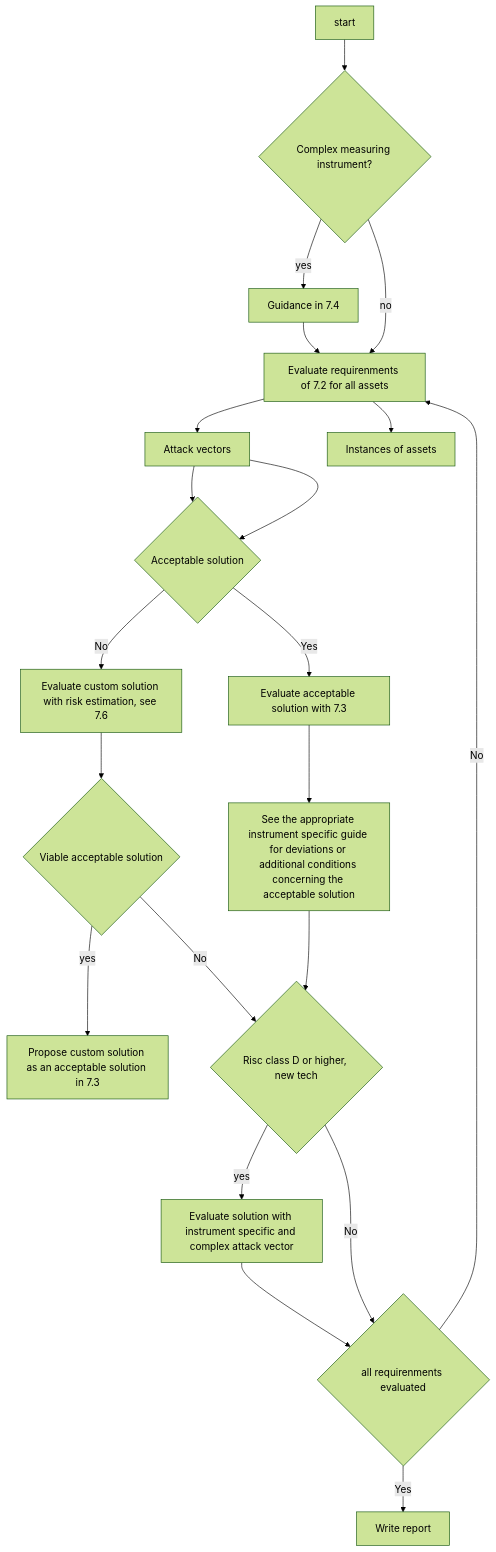
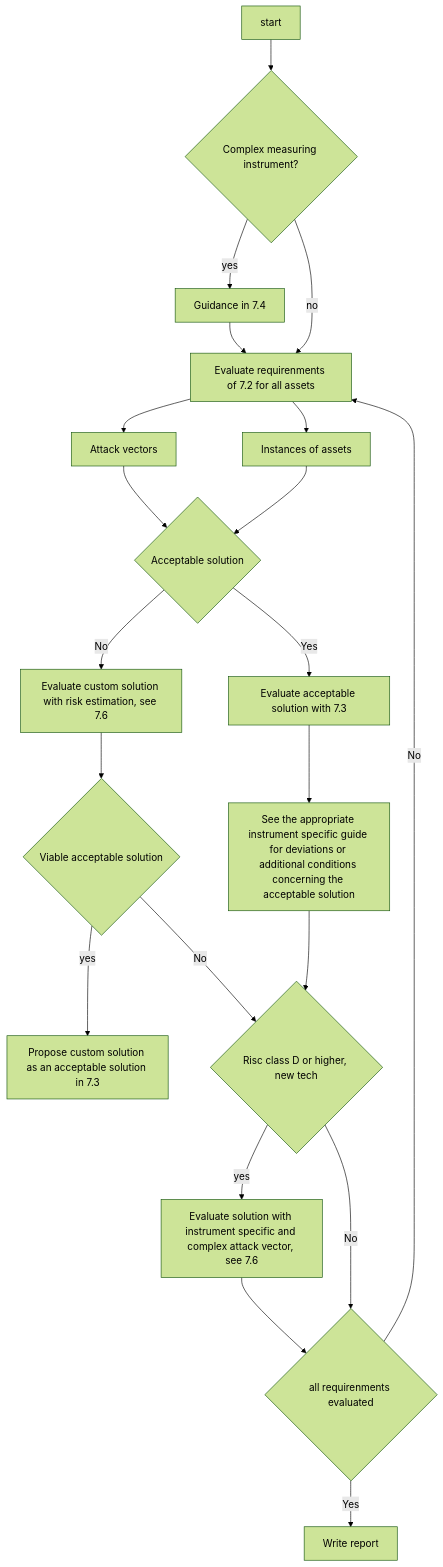
One commit to jernejiv/WELMEC changed the diagram in welmec-main-flow.md. Above: the diagram before and after it, drawn with Mermaid (forest theme).

Commit message:
Update welmec-main-flow.md - minor changes

````diff
--- a/welmec-main-flow.md
+++ b/welmec-main-flow.md
@@ -4,25 +4,25 @@
 ```mermaid
 flowchart
     S1[start]
     S1 --> CMS{Complex measuring instrument?}
     CMS --> |yes| G74[Guidance in 7.4]
         G74 --> G72
     CMS --> |no| G72[Evaluate requirenments of 7.2 for all assets]
         G72 --> AV[Attack vectors]
         G72 --> IOA[Instances of assets]
         AS{Acceptable solution}
         AV --> AS
-        AV --> AS
+        IOA --> AS
         AS --> |No| G76[Evaluate custom solution with risk estimation, see 7.6]
             G76 --> VAS{Viable acceptable solution}
                 VAS --> |yes| PCS[Propose custom solution as an acceptable solution in 7.3]
                 VAS --> |No| RCD
         AS --> |Yes| EAS[Evaluate acceptable solution with 7.3]
             EAS --> SSG[See the appropriate instrument specific guide for deviations or additional conditions concerning the acceptable solution]
             SSG --> RCD{Risc class D or higher, new tech}
-            RCD --> |yes| G76-1[Evaluate solution with instrument specific and complex attack vector]
+            RCD --> |yes| G76-1[Evaluate solution with instrument specific and complex attack vector, see 7.6]
                 G76-1 --> ARE
             RCD --> |No| ARE{all requirenments evaluated}
             ARE --> |No| G72
             ARE --> |Yes| WR[Write report]
 ```
````
